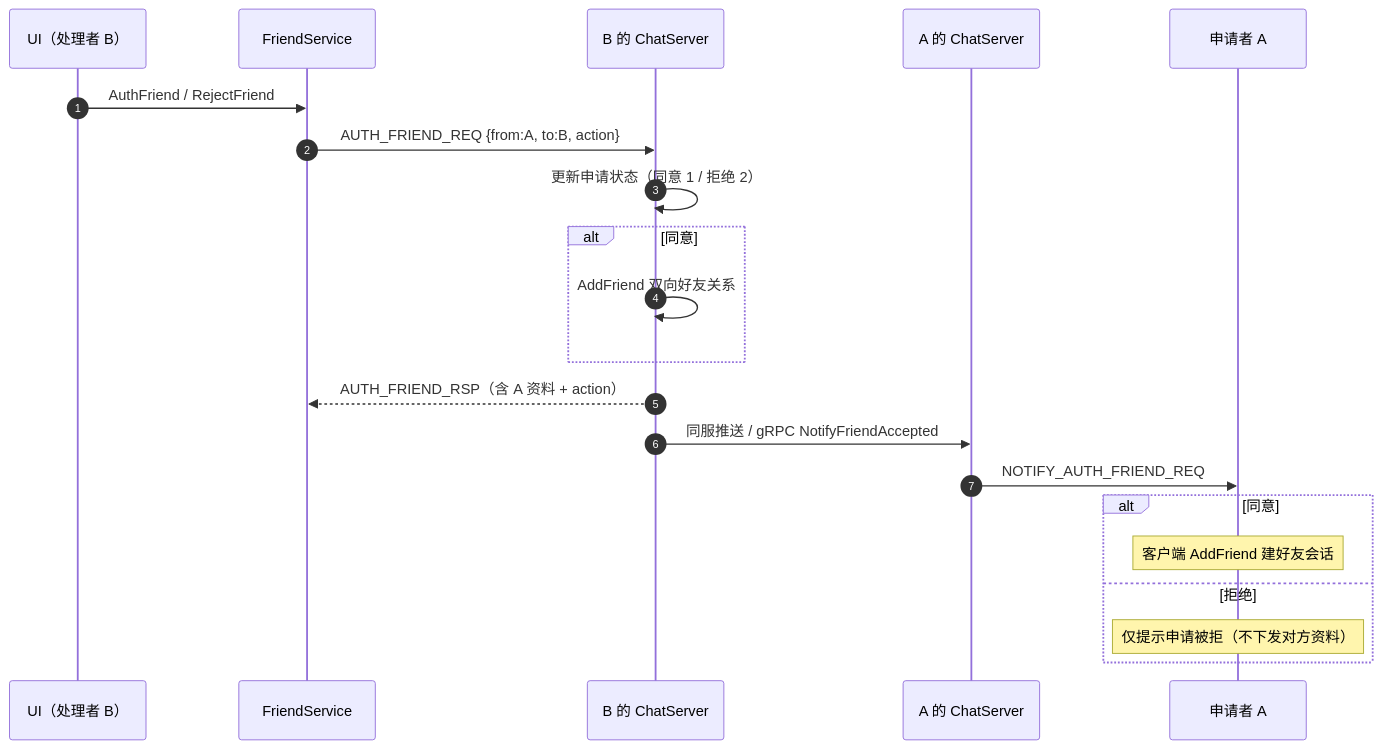
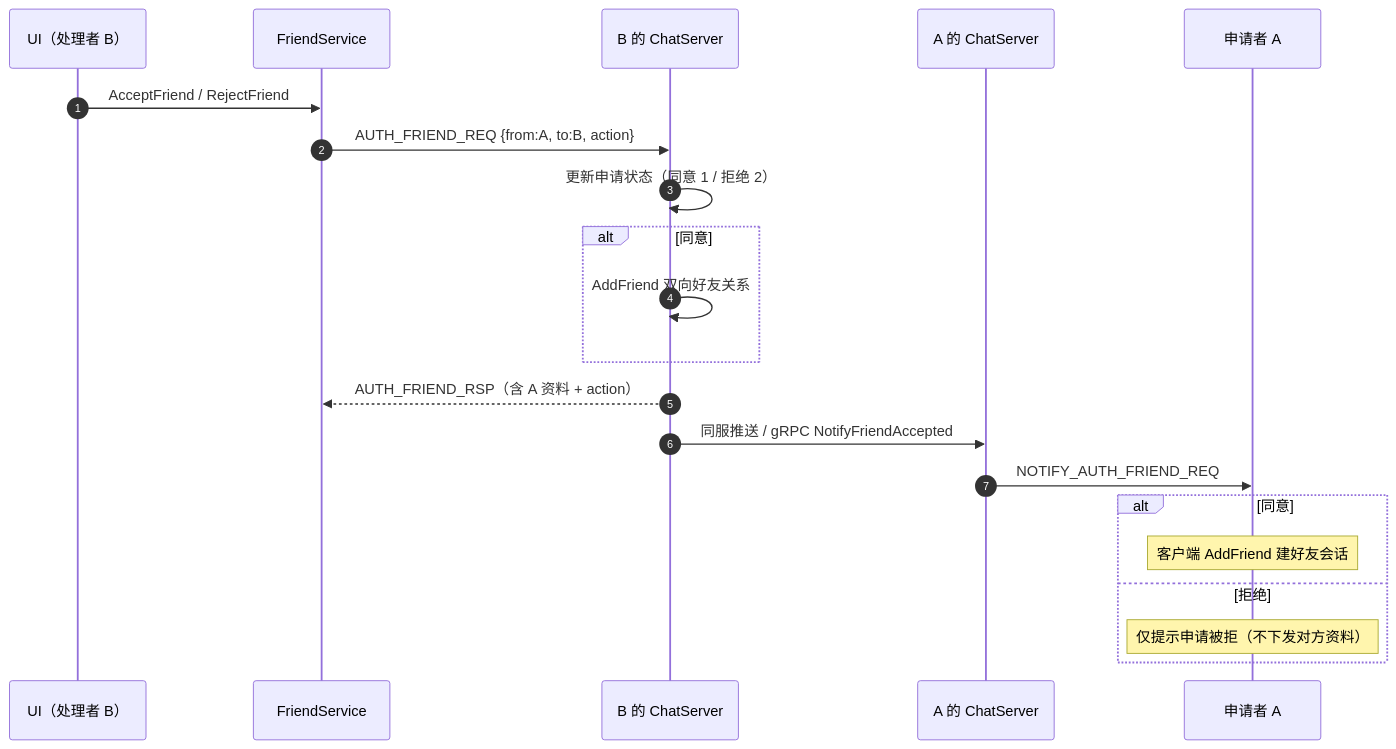
Before and after one commit to codeT2001/MyChat: the seventh of 10 diagrams in Client/README.md, drawn with Mermaid. The commit also changed other lines of this file and 132 other files, not shown here.

````diff
--- a/Client/README.md
+++ b/Client/README.md
@@ -267,24 +267,24 @@
 ```mermaid
 sequenceDiagram
     autonumber
     participant B as UI（处理者 B）
     participant F as FriendService
     participant SB as B 的 ChatServer
     participant SA as A 的 ChatServer
     participant A as 申请者 A
 
-    B->>F: AuthFriend / RejectFriend
+    B->>F: AcceptFriend / RejectFriend
     F->>SB: AUTH_FRIEND_REQ {from:A, to:B, action}
     SB->>SB: 更新申请状态（同意 1 / 拒绝 2）
     alt 同意
         SB->>SB: AddFriend 双向好友关系
     end
     SB-->>F: AUTH_FRIEND_RSP（含 A 资料 + action）
     SB->>SA: 同服推送 / gRPC NotifyFriendAccepted
     SA->>A: NOTIFY_AUTH_FRIEND_REQ
     alt 同意
         Note over A: 客户端 AddFriend 建好友会话
     else 拒绝
         Note over A: 仅提示申请被拒（不下发对方资料）
     end
 ```
````
